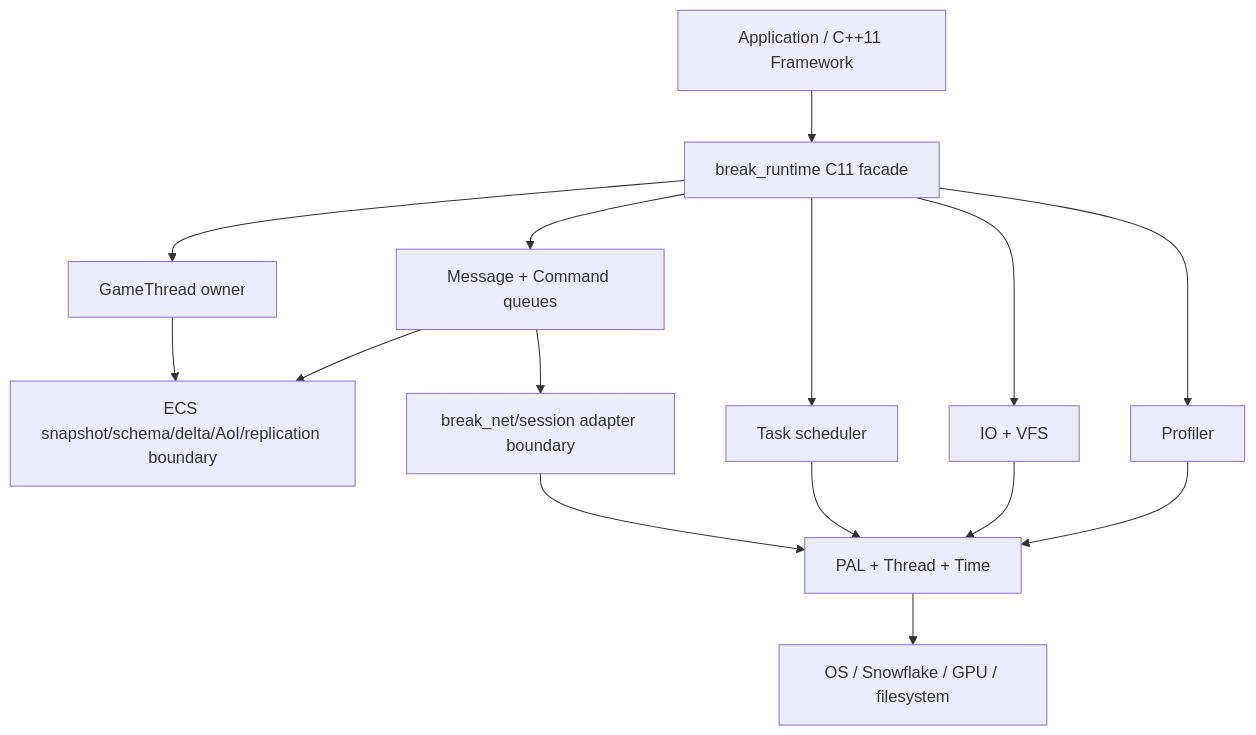
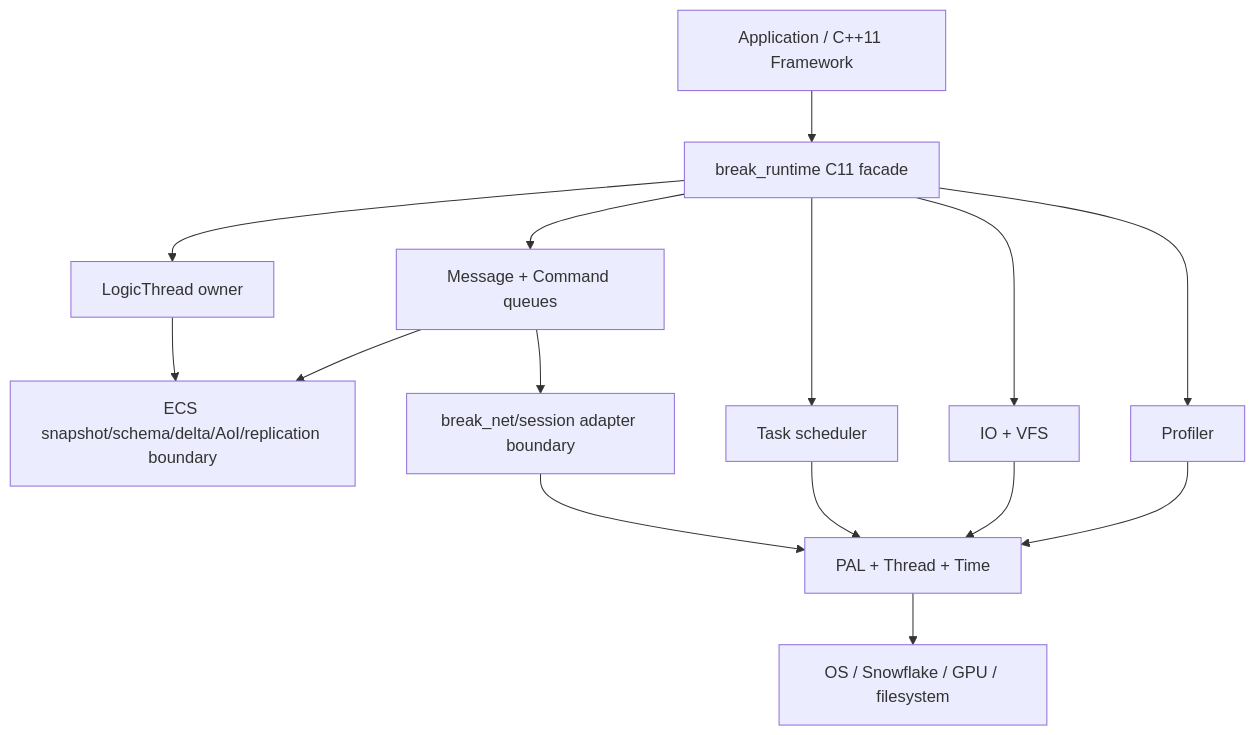
The first of 2 diagrams in docs/design/runtime_overview.md (konyka/break), drawn with Mermaid before and after one commit. The commit also changed other lines of this file and 95 other files, not shown here.

````diff
--- a/docs/design/runtime_overview.md
+++ b/docs/design/runtime_overview.md
@@ -46,29 +46,29 @@
 ```mermaid
 flowchart TB
     APP[Application / C++11 Framework]
     RT[break_runtime C11 facade]
-    GT[GameThread owner]
+    GT[LogicThread owner]
     MSG[Message + Command queues]
     TASK[Task scheduler]
     IO[IO + VFS]
     PAL[PAL + Thread + Time]
     PROF[Profiler]
     ECS[ECS snapshot/schema/delta/AoI/replication boundary]
     NET[break_net/session adapter boundary]
     OS[OS / Snowflake / GPU / filesystem]
 
     APP --> RT
     RT --> GT
     RT --> MSG
     RT --> TASK
     RT --> IO
     RT --> PROF
     GT --> ECS
     MSG --> ECS
     MSG --> NET
     IO --> PAL
     TASK --> PAL
     NET --> PAL
     PROF --> PAL
     PAL --> OS
 ```
````
